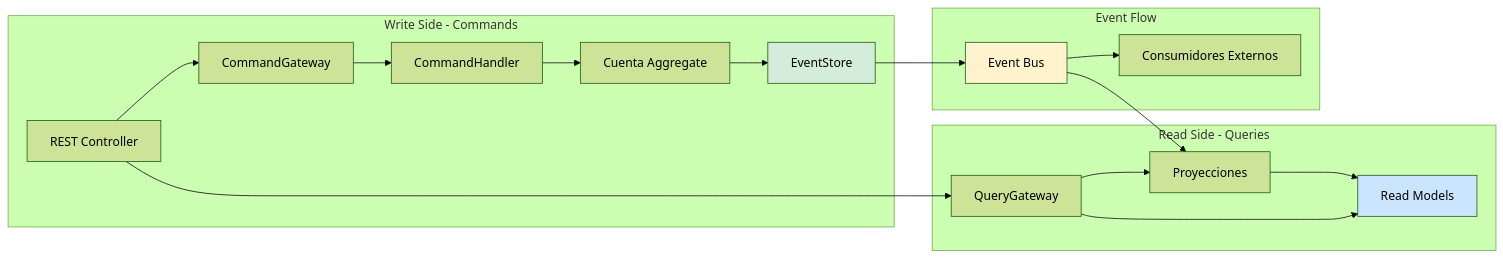
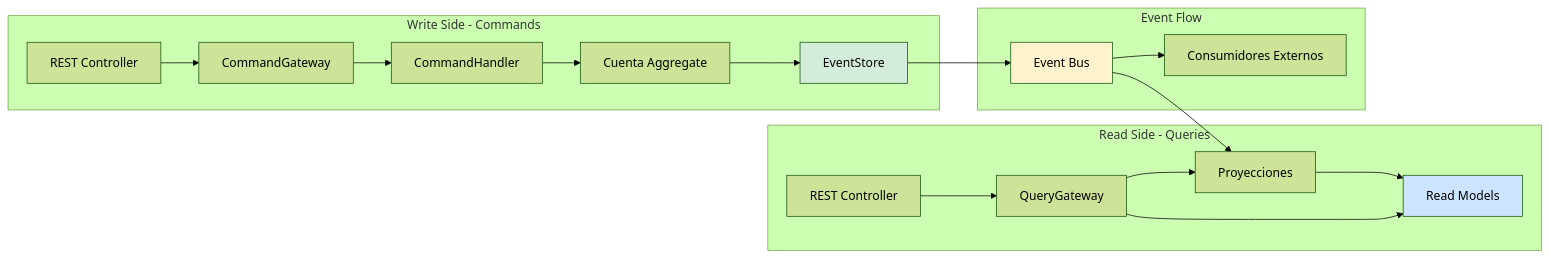
One commit to Joaquinriosheredia/DAM-Java-Mastery changed the second of 3 diagrams in 02_Arquitectura/event_sourcing_y_cqrs_con_java_21_y_spring_boot_STAFF.md. Above: the diagram before and after it, drawn with Mermaid (forest theme). The commit also changed other lines of this file, not shown here.

````diff
--- a/02_Arquitectura/event_sourcing_y_cqrs_con_java_21_y_spring_boot_STAFF.md
+++ b/02_Arquitectura/event_sourcing_y_cqrs_con_java_21_y_spring_boot_STAFF.md
@@ -111,26 +129,26 @@
 ```mermaid
 graph LR
     subgraph "Write Side - Commands"
         API[REST Controller] --> CMD_GATE[CommandGateway]
         CMD_GATE --> HANDLER[CommandHandler]
         HANDLER --> AGG[Cuenta Aggregate]
         AGG --> STORE[EventStore]
     end
     
     subgraph "Read Side - Queries"
-        API --> QUERY_GATE[QueryGateway]
+        API2[REST Controller] --> QUERY_GATE[QueryGateway]
         QUERY_GATE --> PROJ[Proyecciones]
         PROJ --> READ_DB[Read Models]
         QUERY_GATE --> READ_DB
     end
     
     subgraph "Event Flow"
         STORE --> EVT_BUS[Event Bus]
         EVT_BUS --> PROJ
         EVT_BUS --> EXT[Consumidores Externos]
     end
     
     style STORE fill:#d4edda
     style READ_DB fill:#cce5ff
     style EVT_BUS fill:#fff3cd
 ```
````
